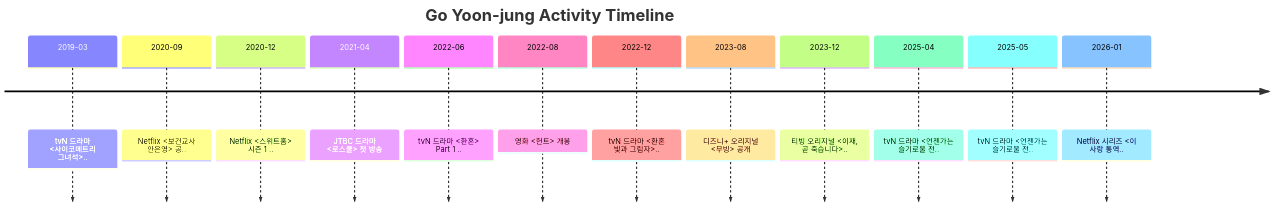
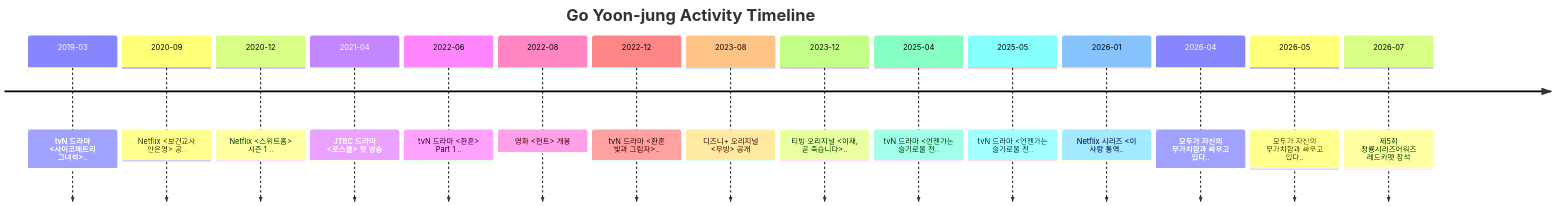
The diagram in pages/timeline.md (dkdleljh/goyoonjung-wiki), drawn with Mermaid before and after one commit. The commit also changed 23 other files, not shown here.

````diff
--- a/pages/timeline.md
+++ b/pages/timeline.md
@@ -12,16 +12,19 @@
 ```mermaid
 timeline
     title Go Yoon-jung Activity Timeline
     2019-03 : tvN 드라마 <사이코메트리 그녀석>..
     2020-09 : Netflix <보건교사 안은영> 공..
     2020-12 : Netflix <스위트홈> 시즌 1 ..
     2021-04 : JTBC 드라마 <로스쿨> 첫 방송
     2022-06 : tvN 드라마 <환혼> Part 1 ..
     2022-08 : 영화 <헌트> 개봉
     2022-12 : tvN 드라마 <환혼  빛과 그림자>..
     2023-08 : 디즈니+ 오리지널 <무빙> 공개
     2023-12 : 티빙 오리지널 <이재, 곧 죽습니다>..
     2025-04 : tvN 드라마 <언젠가는 슬기로울 전..
     2025-05 : tvN 드라마 <언젠가는 슬기로울 전..
     2026-01 : Netflix 시리즈 <이 사랑 통역..
+    2026-04 : 모두가 자신의 무가치함과 싸우고 있다..
+    2026-05 : 모두가 자신의 무가치함과 싸우고 있다..
+    2026-07 : 제5회 청룡시리즈어워즈 레드카펫 참석
 ```
````
